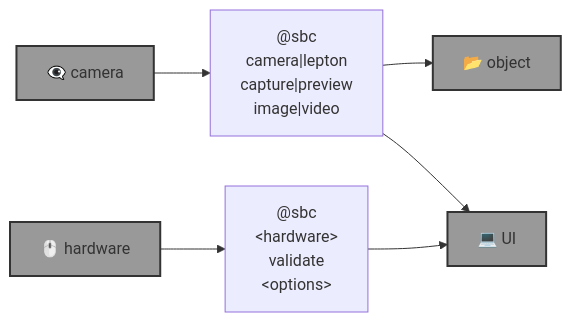
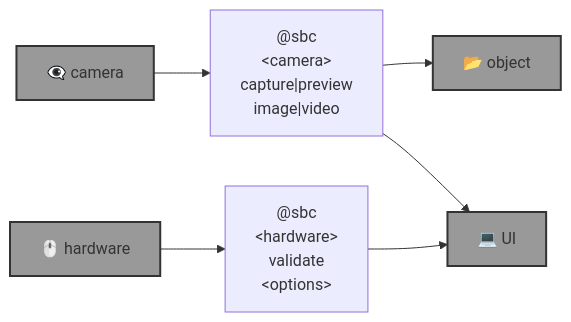
Before and after one commit to kamangir/eye: the diagram in README.md, drawn with Mermaid. The commit also changed other lines of this file and 2 other files, not shown here.

Commit message:
++ - kamangir/bolt#746

````diff
--- a/README.md
+++ b/README.md
@@ -13,20 +13,20 @@
 ```mermaid
 graph LR
-    camera["@sbc<br>camera|lepton<br>capture|preview<br>image|video"]
+    camera["@sbc<br>&lt;camera&gt;<br>capture|preview<br>image|video"]
 
     hardware_validate["@sbc<br>&lt;hardware&gt;<br>validate<br>&lt;options&gt;"]
 
     object["📂 object"]:::folder
     camera_hardware["👁️‍🗨️ camera"]:::folder
     hardware["🖱️ hardware"]:::folder
     UI["💻 UI"]:::folder
 
     camera_hardware --> camera
     camera --> object
     camera --> UI
 
     hardware --> hardware_validate
     hardware_validate --> UI
 
     classDef folder fill:#999,stroke:#333,stroke-width:2px;
 ```
````
